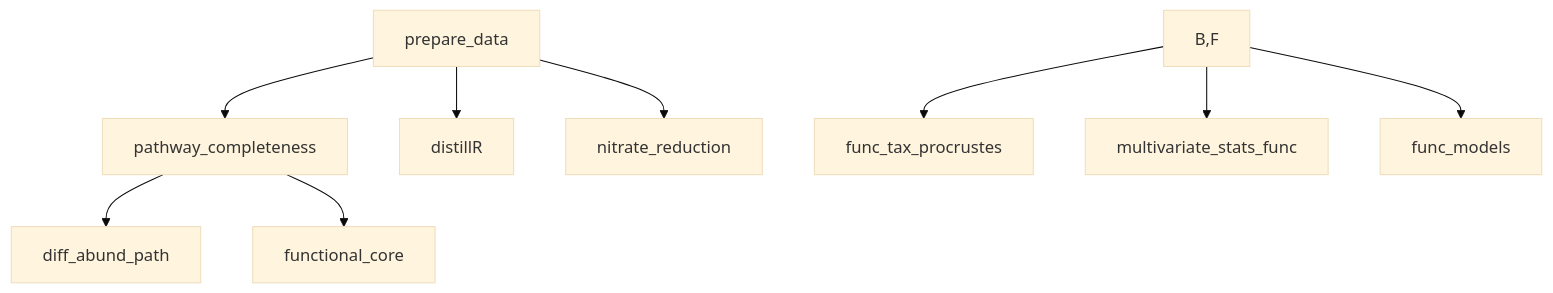
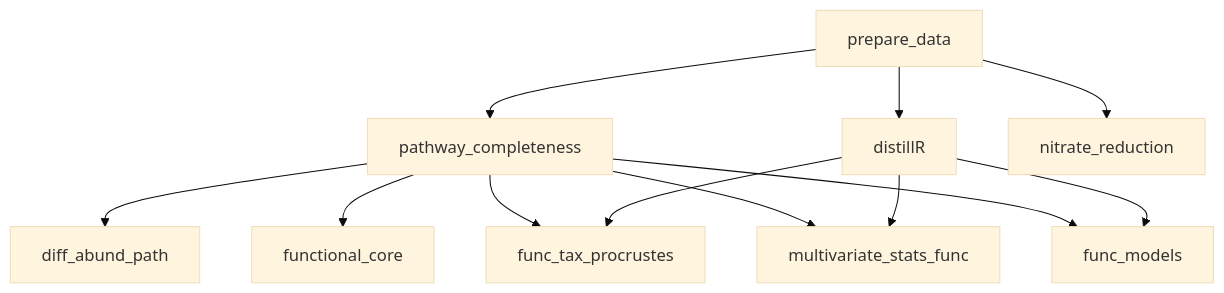
One commit to markella-moraitou/mammal_oral_microbiome_stats changed the second of 3 diagrams in README.md. Above: the diagram before and after it, drawn with Mermaid (base theme).

Commit message:
Fixed flowchart

````diff
--- a/README.md
+++ b/README.md
@@ -19,11 +19,11 @@
 ```mermaid
 flowchart TD;
     A[prepare_data]-->B[pathway_completeness];
     B-->C[diff_abund_path];
     B-->D[functional_core];
     A-->F[distillR];
-    B,F-->G[func_tax_procrustes];
-    B,F-->H[multivariate_stats_func];
-    B,F-->I[func_models];
+    B & F-->G[func_tax_procrustes];
+    B & F-->H[multivariate_stats_func];
+    B & F-->I[func_models];
     A-->J[nitrate_reduction];
 ```
````
